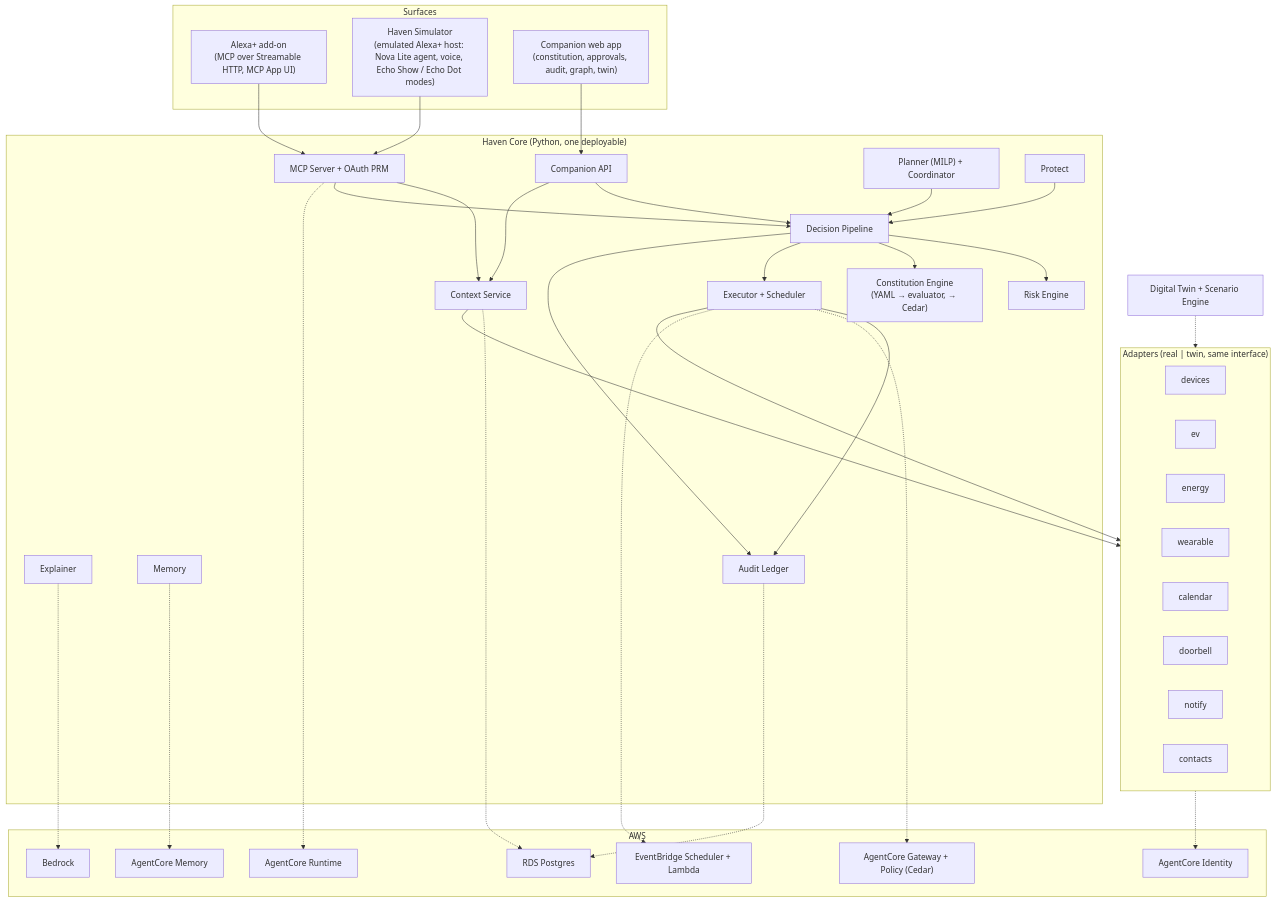
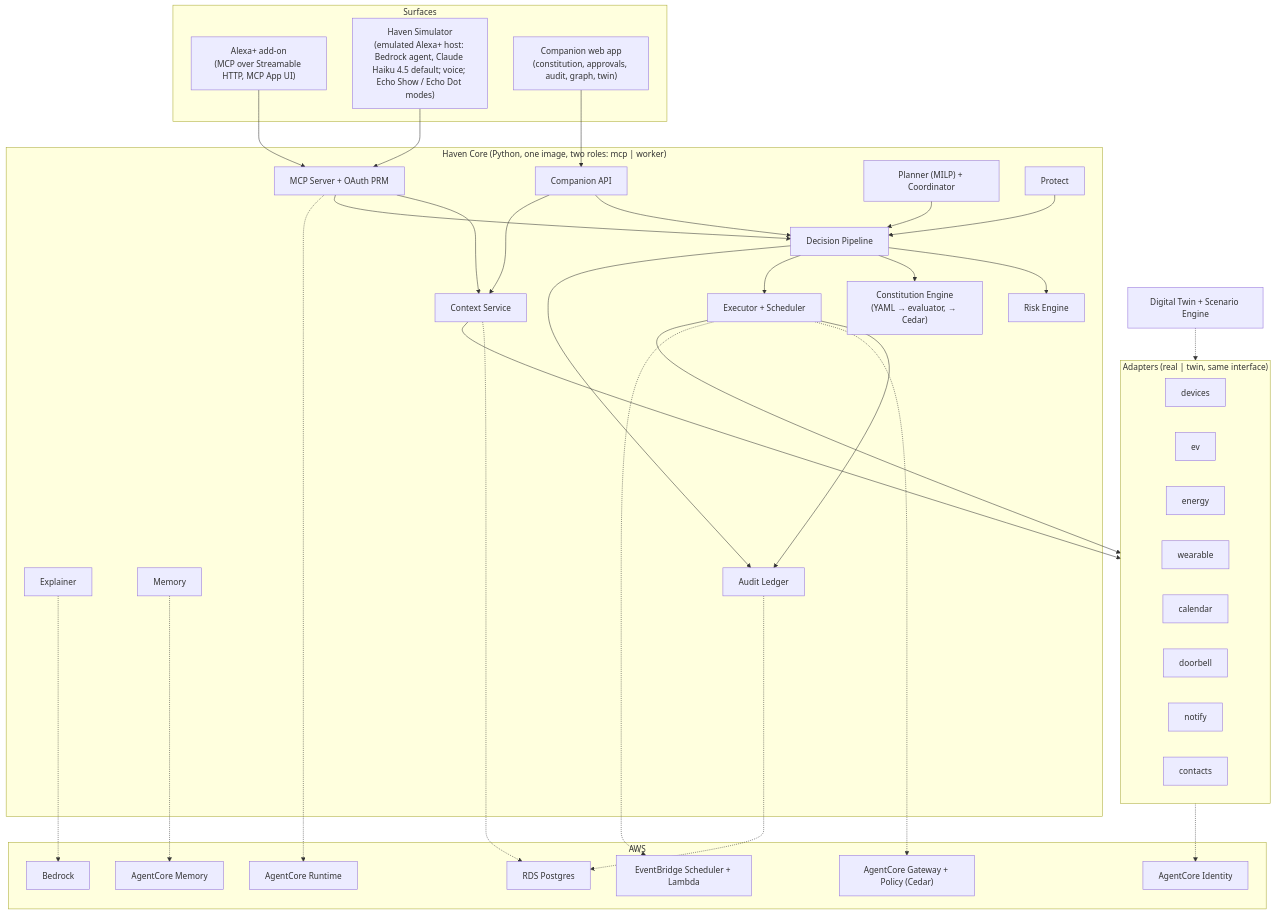
One commit to BashaarJavaid/Haven changed the first of 2 diagrams in ARCHITECTURE.md. Above: the diagram before and after it, drawn with Mermaid. The commit also changed other lines of this file and 16 other files, not shown here.

````diff
--- a/ARCHITECTURE.md
+++ b/ARCHITECTURE.md
@@ -31,40 +31,40 @@
 ```mermaid
 graph TB
     subgraph S["Surfaces"]
         A["Alexa+ add-on<br/>(MCP over Streamable HTTP, MCP App UI)"]
-        SIM["Haven Simulator<br/>(emulated Alexa+ host: Nova Lite agent, voice, Echo Show / Echo Dot modes)"]
+        SIM["Haven Simulator<br/>(emulated Alexa+ host: Bedrock agent, Claude Haiku 4.5 default; voice; Echo Show / Echo Dot modes)"]
         APP["Companion web app<br/>(constitution, approvals, audit, graph, twin)"]
     end
 
-    subgraph C["Haven Core (Python, one deployable)"]
+    subgraph C["Haven Core (Python, one image, two roles: mcp | worker)"]
         MCPS["MCP Server + OAuth PRM"]
         API["Companion API"]
         CTX["Context Service"]
         PIPE["Decision Pipeline"]
         RISK["Risk Engine"]
         CONST["Constitution Engine<br/>(YAML → evaluator, → Cedar)"]
         PLAN["Planner (MILP) + Coordinator"]
         PROT["Protect"]
         EXEC["Executor + Scheduler"]
         EXPL["Explainer"]
         MEM["Memory"]
         AUD["Audit Ledger"]
     end
 
     subgraph AD["Adapters (real | twin, same interface)"]
         HA["devices"] ; EV["ev"] ; EN["energy"] ; WE["wearable"] ; CA["calendar"] ; DO["doorbell"] ; NO["notify"] ; CO["contacts"]
     end
 
     TW["Digital Twin + Scenario Engine"]
 
     subgraph AWS["AWS"]
         RT["AgentCore Runtime"] ; GW["AgentCore Gateway + Policy (Cedar)"] ; AM["AgentCore Memory"] ; AI["AgentCore Identity"] ; BR["Bedrock"] ; SC["EventBridge Scheduler + Lambda"] ; PG["RDS Postgres"]
     end
 
     A --> MCPS ; SIM --> MCPS ; APP --> API
     MCPS --> CTX ; MCPS --> PIPE ; API --> PIPE ; API --> CTX
     PIPE --> RISK ; PIPE --> CONST ; PIPE --> EXEC ; PLAN --> PIPE ; PROT --> PIPE
     EXEC --> AD ; CTX --> AD ; EXEC --> AUD ; PIPE --> AUD
     TW -.-> AD
     MCPS -.-> RT ; EXEC -.-> GW ; MEM -.-> AM ; AD -.-> AI ; EXPL -.-> BR ; EXEC -.-> SC ; AUD -.-> PG ; CTX -.-> PG
 ```
````
